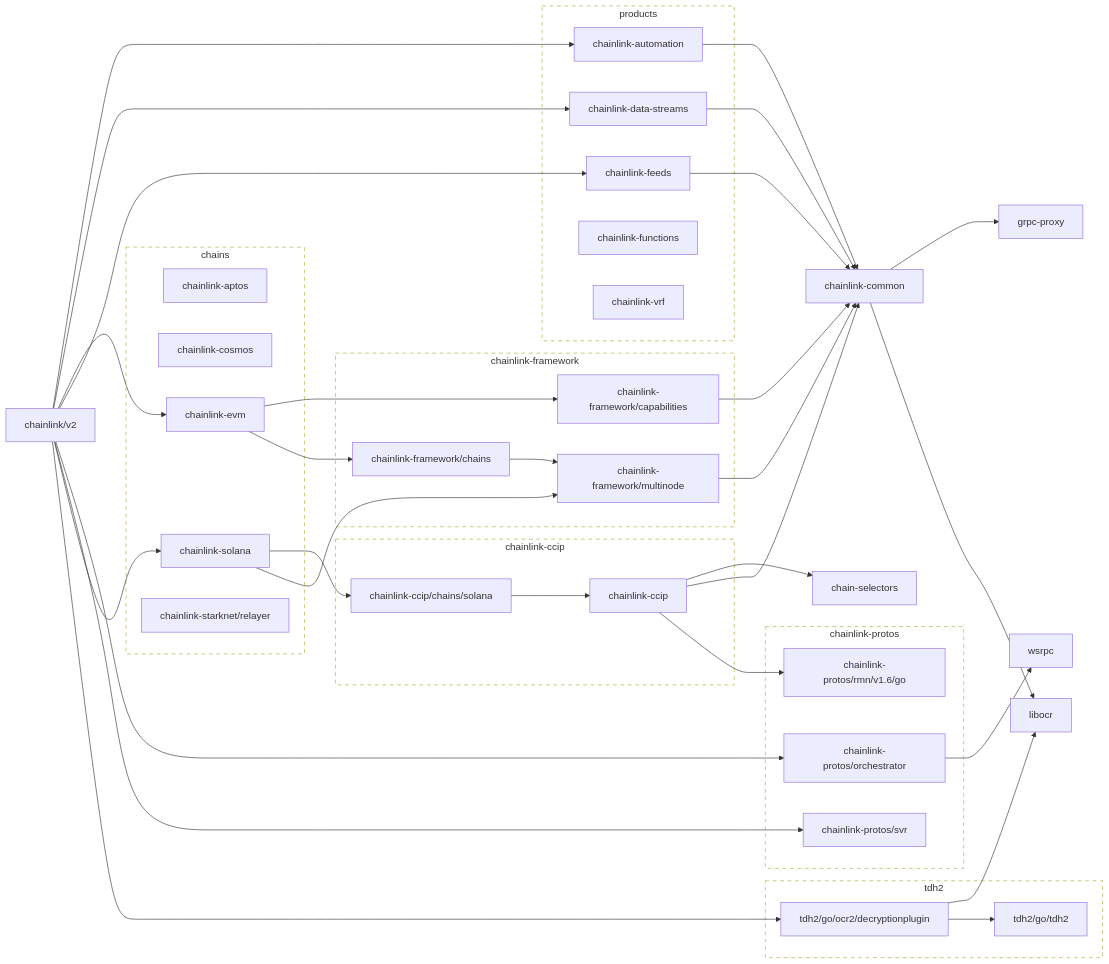
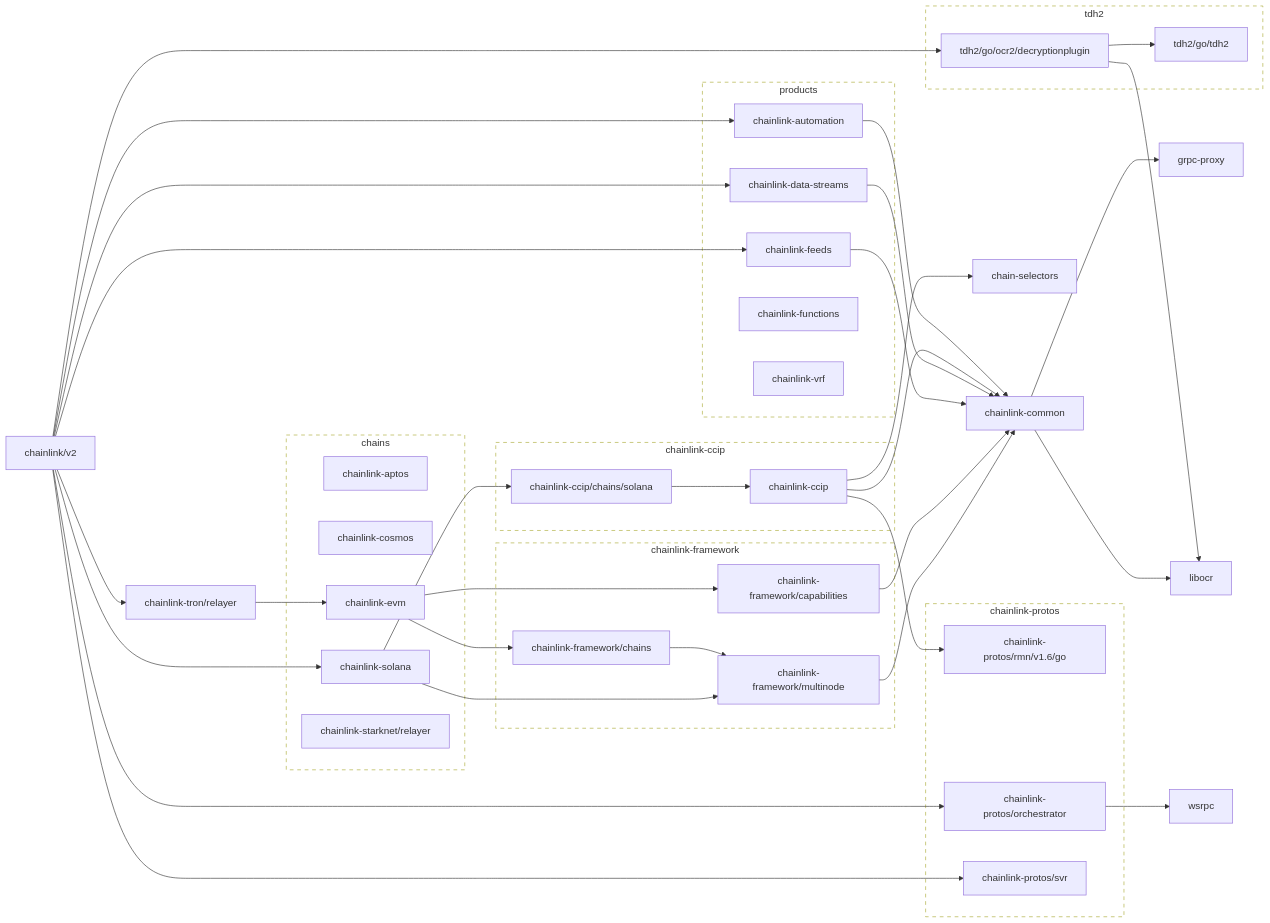
Before and after one commit to smartcontractkit/chainlink: the first of 2 diagrams in go.md, drawn with Mermaid. The commit also changed other lines of this file, not shown here.

Commit message:
chore: go generate

```diff
--- a/go.md
+++ b/go.md
@@ -56,13 +56,15 @@
 	chainlink-solana --> chainlink-ccip/chains/solana
 	chainlink-solana --> chainlink-framework/multinode
 	click chainlink-solana href "https://github.com/smartcontractkit/chainlink-solana"
+	chainlink-tron/relayer --> chainlink-evm
+	click chainlink-tron/relayer href "https://github.com/smartcontractkit/chainlink-tron"
 	chainlink/v2 --> chainlink-automation
 	chainlink/v2 --> chainlink-data-streams
-	chainlink/v2 --> chainlink-evm
 	chainlink/v2 --> chainlink-feeds
 	chainlink/v2 --> chainlink-protos/orchestrator
 	chainlink/v2 --> chainlink-protos/svr
 	chainlink/v2 --> chainlink-solana
+	chainlink/v2 --> chainlink-tron/relayer
 	chainlink/v2 --> tdh2/go/ocr2/decryptionplugin
 	click chainlink/v2 href "https://github.com/smartcontractkit/chainlink"
 	grpc-proxy
```
